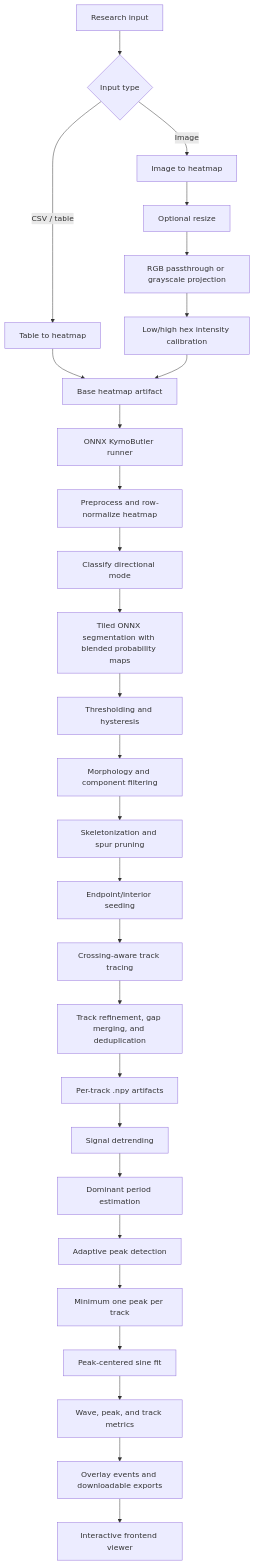
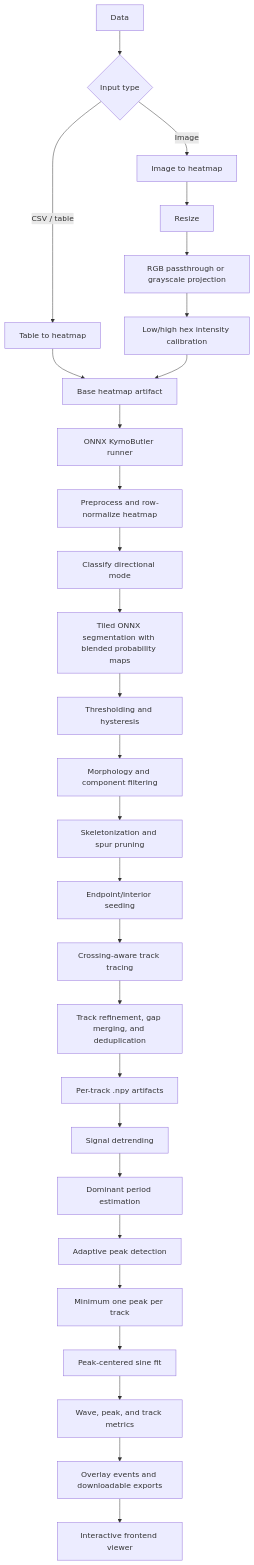
The diagram in README.md (rohitmahesh1/WaveAtlas), drawn with Mermaid before and after one commit. The commit also changed other lines of this file, not shown here.

````diff
--- a/README.md
+++ b/README.md
@@ -24,33 +24,33 @@
 ```mermaid
 flowchart TB
-  A["Research input"] --> B{"Input type"}
+  A["Data"] --> B{"Input type"}
   B -->|"CSV / table"| C["Table to heatmap"]
   B -->|"Image"| D["Image to heatmap"]
 
-  D --> D1["Optional resize"]
+  D --> D1["Resize"]
   D1 --> D2["RGB passthrough or grayscale projection"]
   D2 --> D3["Low/high hex intensity calibration"]
   C --> E["Base heatmap artifact"]
   D3 --> E
 
   E --> F["ONNX KymoButler runner"]
   F --> G["Preprocess and row-normalize heatmap"]
   G --> H["Classify directional mode"]
   H --> I["Tiled ONNX segmentation with blended probability maps"]
   I --> J["Thresholding and hysteresis"]
   J --> K["Morphology and component filtering"]
   K --> L["Skeletonization and spur pruning"]
   L --> M["Endpoint/interior seeding"]
   M --> N["Crossing-aware track tracing"]
   N --> O["Track refinement, gap merging, and deduplication"]
   O --> P["Per-track .npy artifacts"]
 
   P --> Q["Signal detrending"]
   Q --> R["Dominant period estimation"]
   R --> S["Adaptive peak detection"]
   S --> T["Minimum one peak per track"]
   T --> U["Peak-centered sine fit"]
   U --> V["Wave, peak, and track metrics"]
   V --> W["Overlay events and downloadable exports"]
   W --> X["Interactive frontend viewer"]
 ```
````
